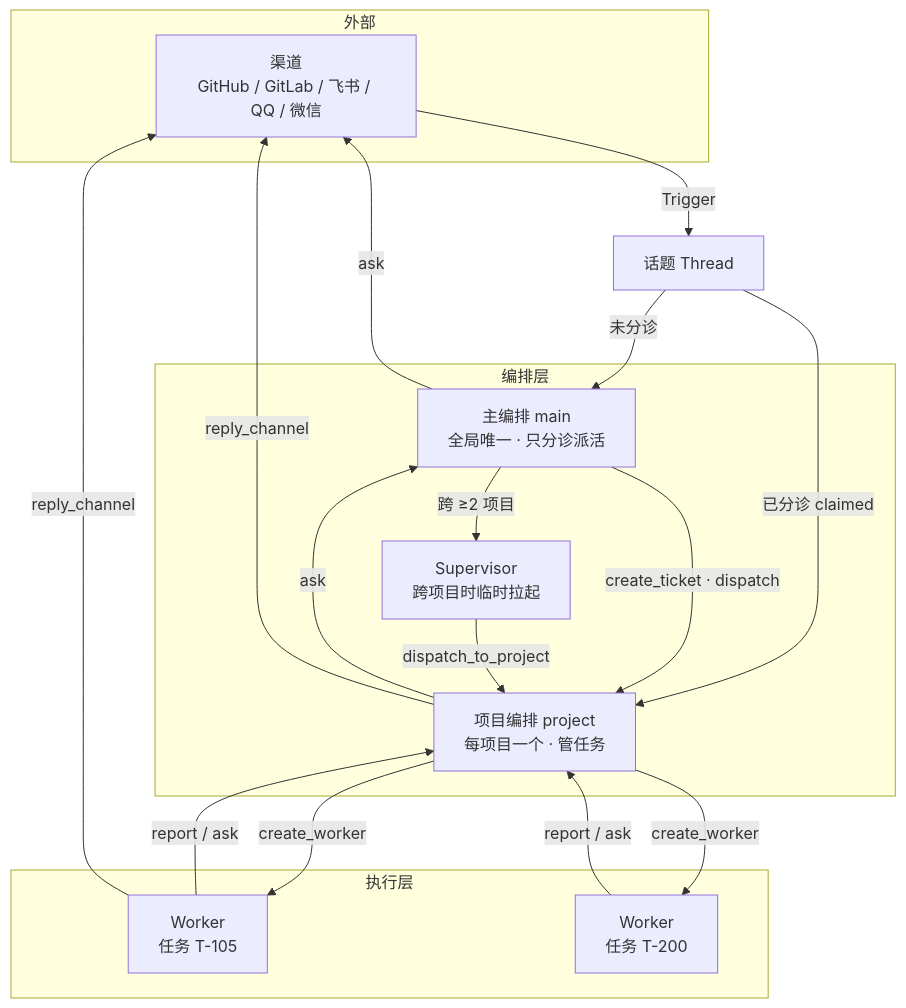
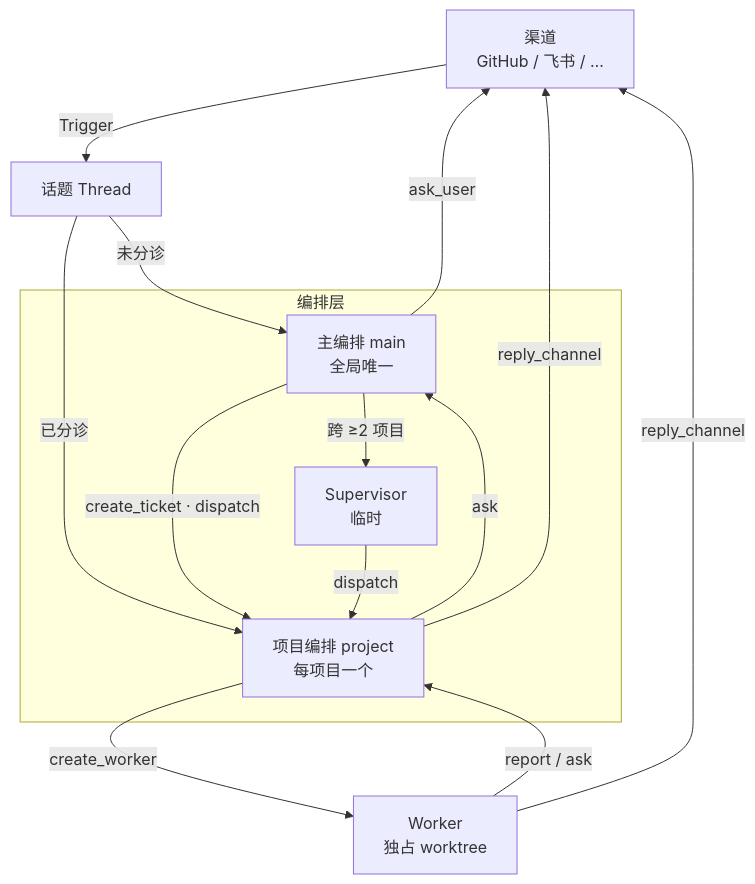
The first of 21 diagrams in docs/flow.md (hairyf/dsh-nexus), drawn with Mermaid before and after one commit. The commit also changed other lines of this file and 9 other files, not shown here.

````diff
--- a/docs/flow.md
+++ b/docs/flow.md
@@ -24,32 +21,25 @@
 ```mermaid
 flowchart TB
-    subgraph 外部
-        CH["渠道<br/>GitHub / GitLab / 飞书 / QQ / 微信"]
+    CH["渠道<br/>GitHub / 飞书 / …"]
+
+    subgraph 编排层
+        MAIN["主编排 main<br/>全局唯一"]
+        PROJ["项目编排 project<br/>每项目一个"]
+        SUP["Supervisor<br/>临时"]
     end
 
-    subgraph 编排层
-        MAIN["主编排 main<br/>全局唯一 · 只分诊派活"]
-        PROJ["项目编排 project<br/>每项目一个 · 管任务"]
-        SUP["Supervisor<br/>跨项目时临时拉起"]
-    end
-
-    subgraph 执行层
-        W1["Worker<br/>任务 T-105"]
-        W2["Worker<br/>任务 T-200"]
-    end
+    W["Worker<br/>独占 worktree"]
 
     CH -->|"Trigger"| TH["话题 Thread"]
     TH -->|"未分诊"| MAIN
-    TH -->|"已分诊 claimed"| PROJ
+    TH -->|"已分诊"| PROJ
     MAIN -->|"create_ticket · dispatch"| PROJ
     MAIN -->|"跨 ≥2 项目"| SUP
-    SUP -->|"dispatch_to_project"| PROJ
-    PROJ -->|"create_worker"| W1
-    PROJ -->|"create_worker"| W2
-    W1 -->|"report / ask"| PROJ
-    W2 -->|"report / ask"| PROJ
+    SUP -->|"dispatch"| PROJ
+    PROJ -->|"create_worker"| W
+    W -->|"report / ask"| PROJ
     PROJ -->|"ask"| MAIN
-    MAIN -->|"ask"| CH
+    MAIN -->|"ask_user"| CH
     PROJ -->|"reply_channel"| CH
-    W1 -->|"reply_channel"| CH
+    W -->|"reply_channel"| CH
 ```
````
